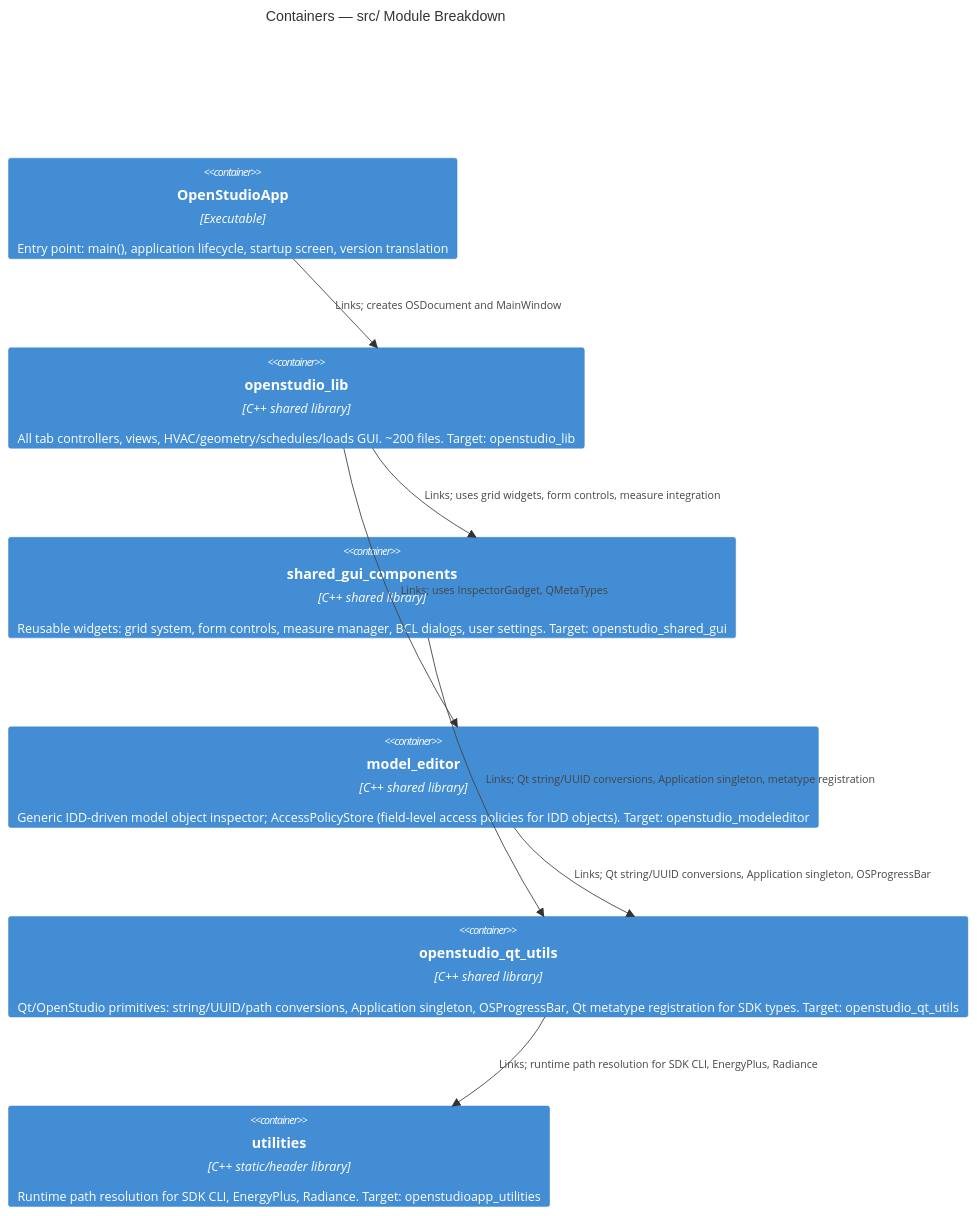
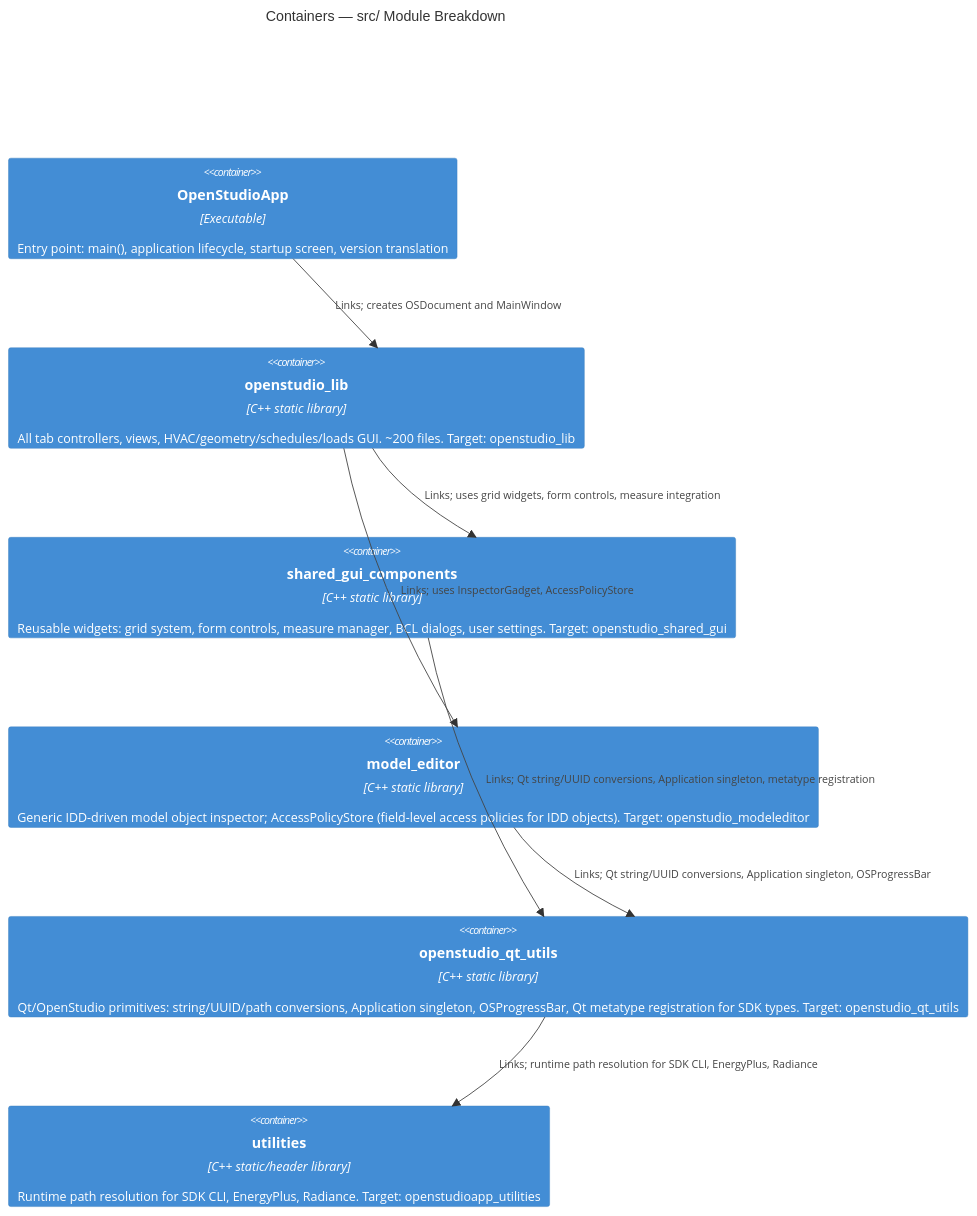
The second of 4 diagrams in developer/doc/architecture.md (openstudiocoalition/OpenStudioApplication), drawn with Mermaid before and after one commit. The commit also changed other lines of this file and 20 other files, not shown here.

````diff
--- a/developer/doc/architecture.md
+++ b/developer/doc/architecture.md
@@ -62,18 +62,18 @@
 ```mermaid
 C4Container
   title Containers — src/ Module Breakdown
 
   Container(app_exe, "OpenStudioApp", "Executable", "Entry point: main(), application lifecycle, startup screen, version translation")
-  Container(openstudio_lib, "openstudio_lib", "C++ shared library", "All tab controllers, views, HVAC/geometry/schedules/loads GUI. ~200 files. Target: openstudio_lib")
-  Container(shared_gui, "shared_gui_components", "C++ shared library", "Reusable widgets: grid system, form controls, measure manager, BCL dialogs, user settings. Target: openstudio_shared_gui")
-  Container(model_editor, "model_editor", "C++ shared library", "Generic IDD-driven model object inspector; AccessPolicyStore (field-level access policies for IDD objects). Target: openstudio_modeleditor")
-  Container(qt_utils, "openstudio_qt_utils", "C++ shared library", "Qt/OpenStudio primitives: string/UUID/path conversions, Application singleton, OSProgressBar, Qt metatype registration for SDK types. Target: openstudio_qt_utils")
+  Container(openstudio_lib, "openstudio_lib", "C++ static library", "All tab controllers, views, HVAC/geometry/schedules/loads GUI. ~200 files. Target: openstudio_lib")
+  Container(shared_gui, "shared_gui_components", "C++ static library", "Reusable widgets: grid system, form controls, measure manager, BCL dialogs, user settings. Target: openstudio_shared_gui")
+  Container(model_editor, "model_editor", "C++ static library", "Generic IDD-driven model object inspector; AccessPolicyStore (field-level access policies for IDD objects). Target: openstudio_modeleditor")
+  Container(qt_utils, "openstudio_qt_utils", "C++ static library", "Qt/OpenStudio primitives: string/UUID/path conversions, Application singleton, OSProgressBar, Qt metatype registration for SDK types. Target: openstudio_qt_utils")
   Container(utilities, "utilities", "C++ static/header library", "Runtime path resolution for SDK CLI, EnergyPlus, Radiance. Target: openstudioapp_utilities")
 
   Rel(app_exe, openstudio_lib, "Links; creates OSDocument and MainWindow")
   Rel(openstudio_lib, shared_gui, "Links; uses grid widgets, form controls, measure integration")
-  Rel(openstudio_lib, model_editor, "Links; uses InspectorGadget, QMetaTypes")
+  Rel(openstudio_lib, model_editor, "Links; uses InspectorGadget, AccessPolicyStore")
   Rel(shared_gui, qt_utils, "Links; Qt string/UUID conversions, Application singleton, metatype registration")
   Rel(model_editor, qt_utils, "Links; Qt string/UUID conversions, Application singleton, OSProgressBar")
   Rel(qt_utils, utilities, "Links; runtime path resolution for SDK CLI, EnergyPlus, Radiance")
 ```
````
